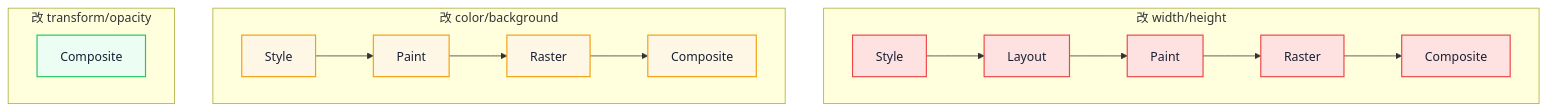
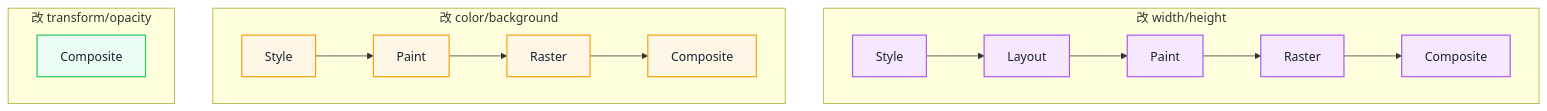
One commit to Fatejian/frontier-vault changed the third of 3 diagrams in docs/browser/painting-rasterization.md. Above: the diagram before and after it, drawn with Mermaid. The commit also changed other lines of this file and 41 other files, not shown here.

````diff
--- a/docs/browser/painting-rasterization.md
+++ b/docs/browser/painting-rasterization.md
@@ -408,26 +382,25 @@
 ```mermaid
-%%{init: {'theme': 'base', 'themeVariables': { 'fontFamily': 'Inter, PingFang SC, Microsoft YaHei, sans-serif', 'primaryColor': '#EEF6FF', 'primaryTextColor': '#172033', 'primaryBorderColor': '#6EA8FE', 'lineColor': '#8A94A6, 'fontSize': '13px'}}}%%
 flowchart TB
     subgraph Width["改 width/height"]
         direction LR
         W1[Style] --> W2[Layout] --> W3[Paint] --> W4[Raster] --> W5[Composite]
     end
 
     subgraph Color["改 color/background"]
         direction LR
         C1[Style] --> C2[Paint] --> C3[Raster] --> C4[Composite]
     end
 
     subgraph Transform["改 transform/opacity"]
         direction LR
         T1[Composite]
     end
 
-    classDef expensive fill:#FEE2E2,stroke:#EF4444,color:#172033,stroke-width:1.5px;
-    classDef medium fill:#FFF7E6,stroke:#F59E0B,color:#172033,stroke-width:1.5px;
-    classDef cheap fill:#ECFDF3,stroke:#22C55E,color:#172033,stroke-width:1.5px;
+    classDef metric fill:#F5E8FF,stroke:#A855F7,color:#172033,stroke-width:1.5px;
+    classDef block fill:#FFF7E6,stroke:#F59E0B,color:#172033,stroke-width:1.5px;
+    classDef work fill:#ECFDF3,stroke:#22C55E,color:#172033,stroke-width:1.5px;
 
-    class W1,W2,W3,W4,W5 expensive;
-    class C1,C2,C3,C4 medium;
-    class T1 cheap;
+    class W1,W2,W3,W4,W5 metric;
+    class C1,C2,C3,C4 block;
+    class T1 work;
 ```
````
